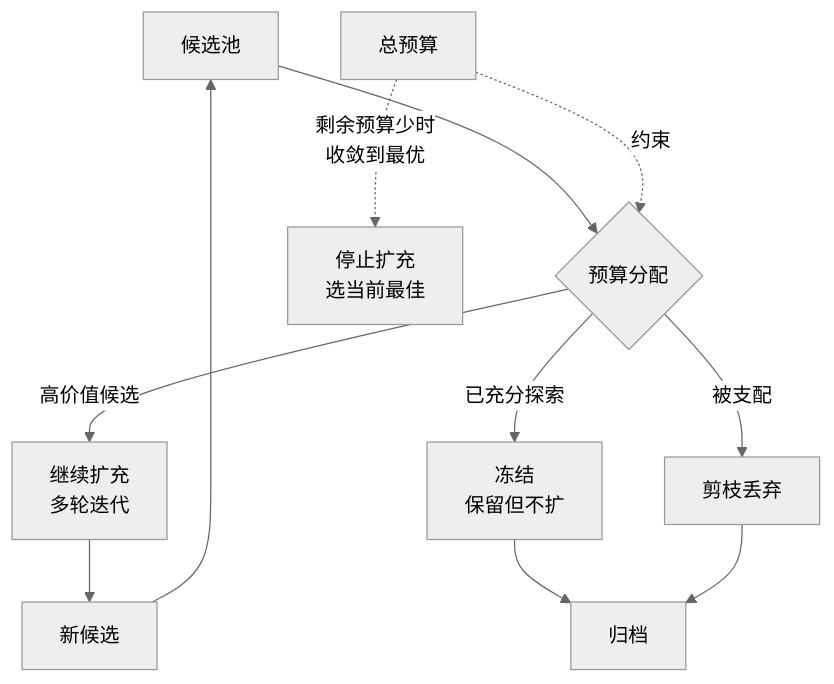
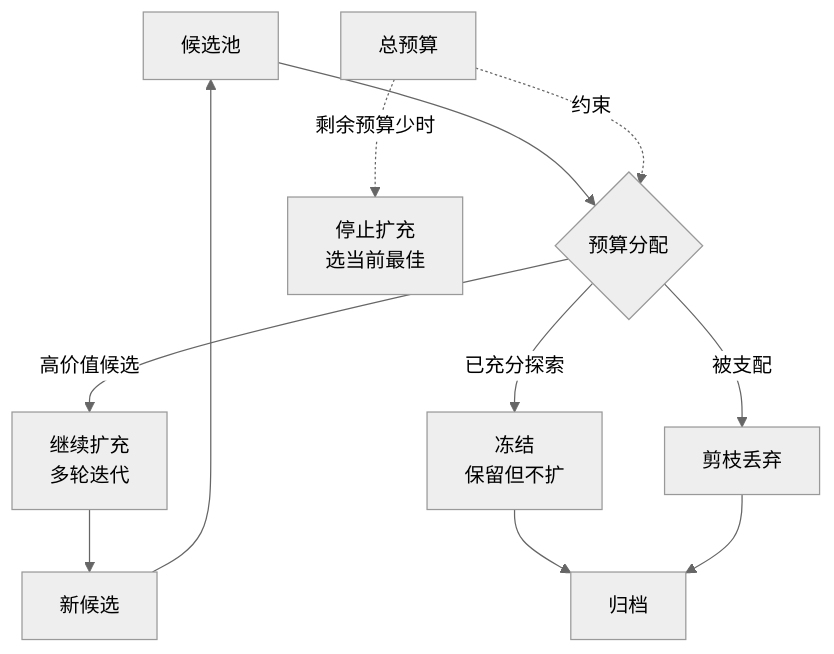
Before and after one commit to linlisWorkTeam/wpKnowledge: the diagram in knowledge/2.wiki/研究/评测/搜索预算与候选剪枝.md, drawn with Mermaid (neutral theme). The commit also changed other lines of this file and 4 other files, not shown here.

````diff
--- a/knowledge/2.wiki/研究/评测/搜索预算与候选剪枝.md
+++ b/knowledge/2.wiki/研究/评测/搜索预算与候选剪枝.md
@@ -43,13 +43,13 @@
 ```mermaid
 flowchart TD
     A[候选池] --> B{预算分配}
     B -->|高价值候选| C[继续扩充<br/>多轮迭代]
     B -->|已充分探索| D[冻结<br/>保留但不扩]
     B -->|被支配| E[剪枝丢弃]
     C --> F[新候选]
     F --> A
     D --> G[归档]
     E --> G
     H[总预算] -.->|约束| B
-    H -.->|剩余预算少时<br/>收敛到最优| I[停止扩充<br/>选当前最佳]
+    H -.->|剩余预算少时| I[停止扩充<br/>选当前最佳]
 ```
````
